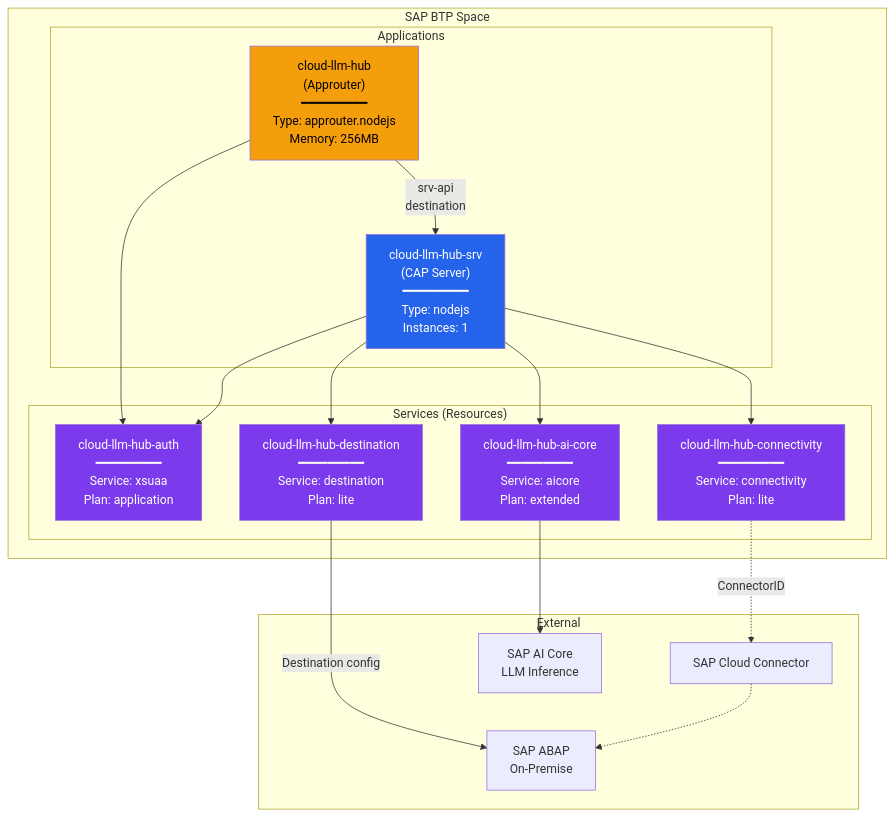
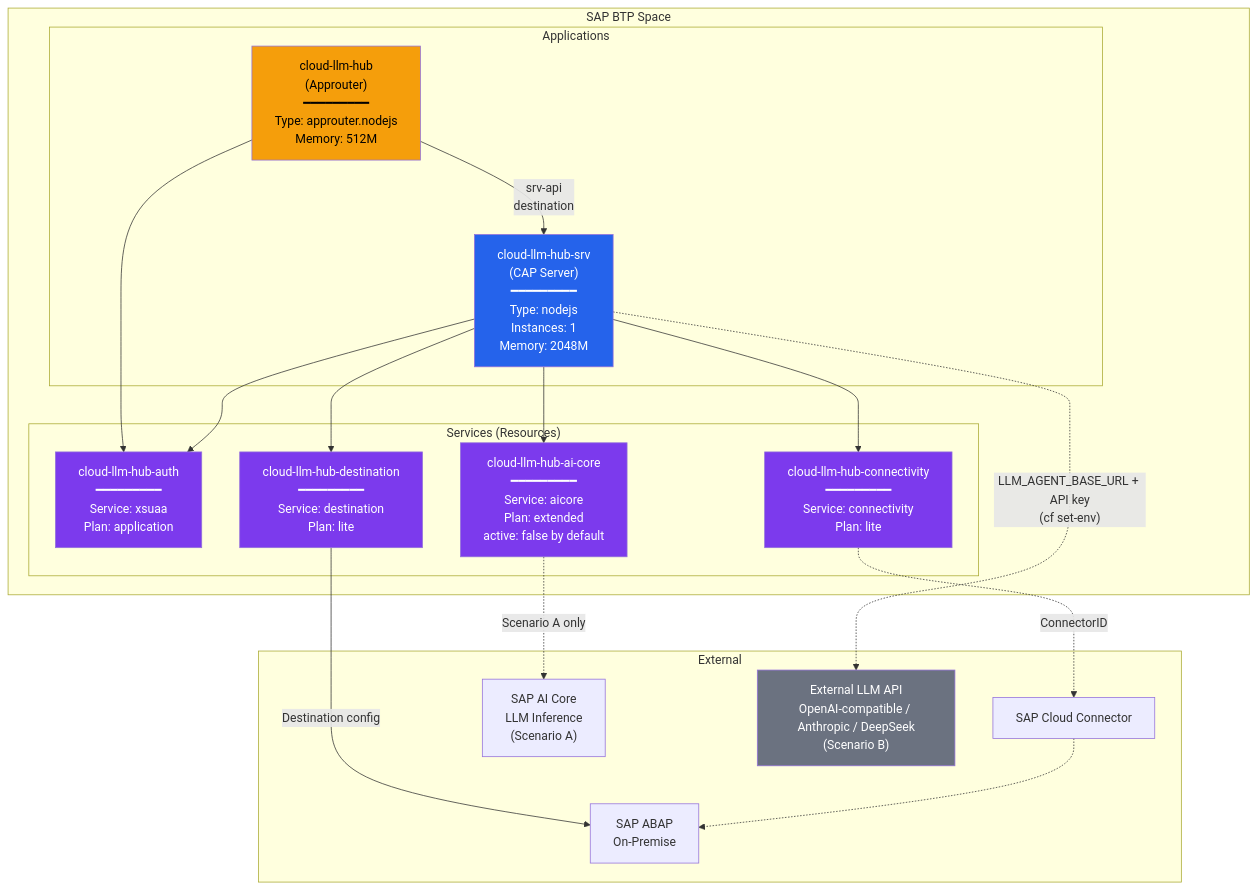
Diagram 17 of 24 in docs/architecture/ARCHITECTURE.md (fr0ster/cloud-llm-hub), drawn with Mermaid before and after one commit. The commit also changed other lines of this file and 37 other files, not shown here.

First line of the commit message:
docs(deployment): correct INSTALLATION_PLAN for the non-AI-Core scenario (PR-203)

````diff
--- a/docs/architecture/ARCHITECTURE.md
+++ b/docs/architecture/ARCHITECTURE.md
@@ -932,41 +940,44 @@
 ```mermaid
 graph TB
     subgraph "SAP BTP Space"
         subgraph "Applications"
-            APPROUTER["cloud-llm-hub<br/>(Approuter)<br/>━━━━━━━━━<br/>Type: approuter.nodejs<br/>Memory: 256MB"]
-            SRV_APP["cloud-llm-hub-srv<br/>(CAP Server)<br/>━━━━━━━━━<br/>Type: nodejs<br/>Instances: 1"]
+            APPROUTER["cloud-llm-hub<br/>(Approuter)<br/>━━━━━━━━━<br/>Type: approuter.nodejs<br/>Memory: 512M"]
+            SRV_APP["cloud-llm-hub-srv<br/>(CAP Server)<br/>━━━━━━━━━<br/>Type: nodejs<br/>Instances: 1<br/>Memory: 2048M"]
         end
 
         subgraph "Services (Resources)"
             XSUAA["cloud-llm-hub-auth<br/>━━━━━━━━━<br/>Service: xsuaa<br/>Plan: application"]
             DEST["cloud-llm-hub-destination<br/>━━━━━━━━━<br/>Service: destination<br/>Plan: lite"]
             CONN["cloud-llm-hub-connectivity<br/>━━━━━━━━━<br/>Service: connectivity<br/>Plan: lite"]
-            AICORE_SVC["cloud-llm-hub-ai-core<br/>━━━━━━━━━<br/>Service: aicore<br/>Plan: extended"]
+            AICORE_SVC["cloud-llm-hub-ai-core<br/>━━━━━━━━━<br/>Service: aicore<br/>Plan: extended<br/>active: false by default"]
         end
 
         APPROUTER -->|"srv-api<br/>destination"| SRV_APP
         SRV_APP --> XSUAA
         SRV_APP --> DEST
         SRV_APP --> CONN
         SRV_APP --> AICORE_SVC
         APPROUTER --> XSUAA
     end
 
     subgraph "External"
         SCC["SAP Cloud Connector"]
         ABAP_SYS["SAP ABAP<br/>On-Premise"]
-        AI_CORE["SAP AI Core<br/>LLM Inference"]
+        AI_CORE["SAP AI Core<br/>LLM Inference<br/>(Scenario A)"]
+        EXT_LLM["External LLM API<br/>OpenAI-compatible / Anthropic / DeepSeek<br/>(Scenario B)"]
     end
 
     CONN -.->|"ConnectorID"| SCC
     SCC -.-> ABAP_SYS
     DEST -->|"Destination config"| ABAP_SYS
-    AICORE_SVC --> AI_CORE
+    AICORE_SVC -.->|"Scenario A only"| AI_CORE
+    SRV_APP -.->|"LLM_AGENT_BASE_URL + API key<br/>(cf set-env)"| EXT_LLM
 
     style APPROUTER fill:#f59e0b,color:#000
     style SRV_APP fill:#2563eb,color:#fff
     style XSUAA fill:#7c3aed,color:#fff
     style DEST fill:#7c3aed,color:#fff
     style CONN fill:#7c3aed,color:#fff
     style AICORE_SVC fill:#7c3aed,color:#fff
+    style EXT_LLM fill:#6b7280,color:#fff
 ```
````
